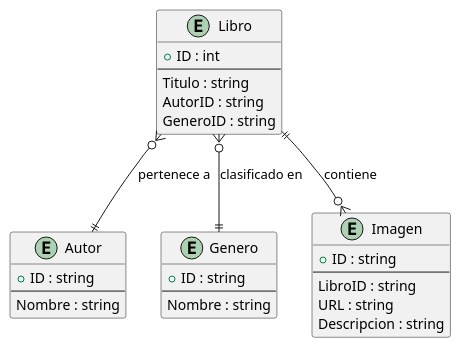
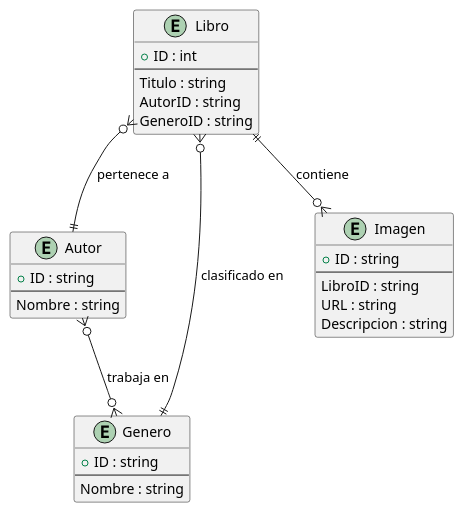
The diagram in web_workshop/material/applibros/docs/analisis/diagrams/erd.plantuml (cdvelop/aiep), drawn with PlantUML before and after one commit. The commit also changed 1 other file, not shown here.

Commit message:
add sql and erd diagram

```diff
--- a/web_workshop/material/applibros/docs/analisis/diagrams/erd.plantuml
+++ b/web_workshop/material/applibros/docs/analisis/diagrams/erd.plantuml
@@ -1,34 +1,35 @@
 @startuml
 entity Libro {
 +ID : int
 --
 Titulo : string
 AutorID : string
 GeneroID : string
 }
 
 entity Autor {
 +ID : string
 --
 Nombre : string
 }
 
 entity Genero {
 +ID : string
 --
 Nombre : string
 }
 
 entity Imagen {
 +ID : string
 --
 LibroID : string
 URL : string
 Descripcion : string
 }
 
 Libro }o--|| Autor : pertenece a
 Libro }o--|| Genero : clasificado en
 Libro ||--o{ Imagen : contiene
+Autor }o--o{ Genero : trabaja en
 
 @enduml
```
